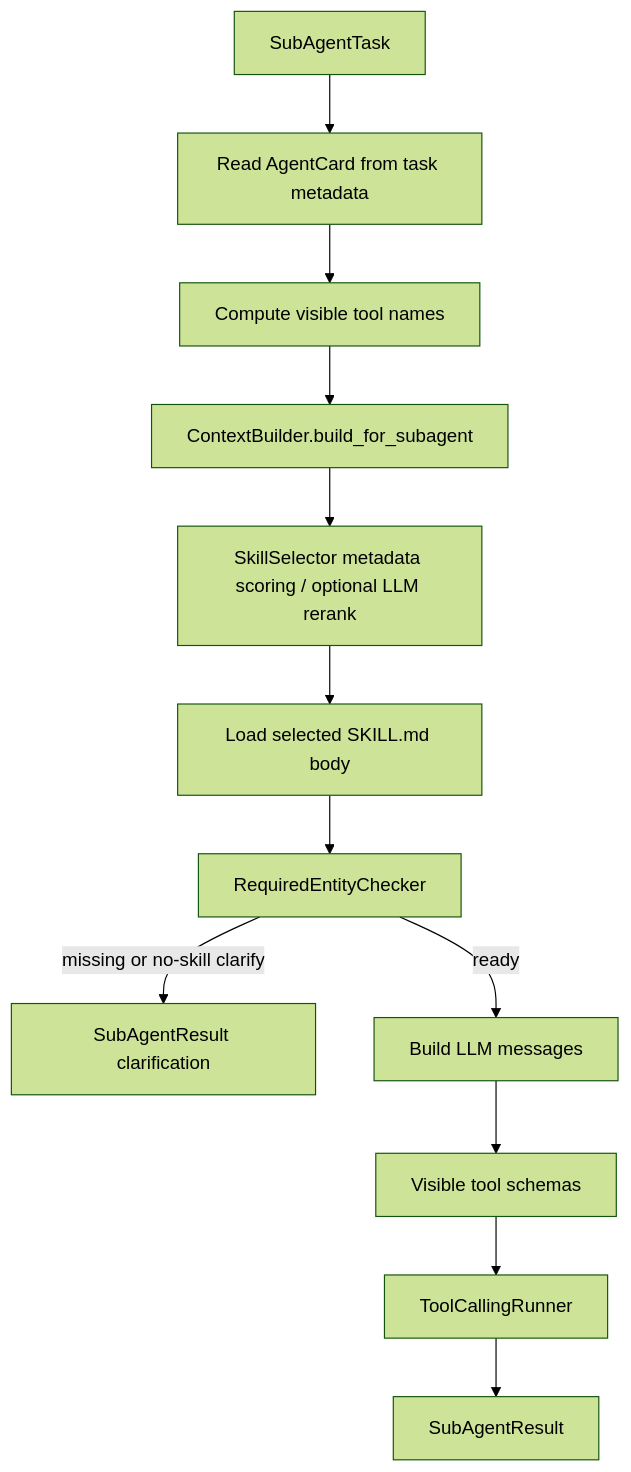
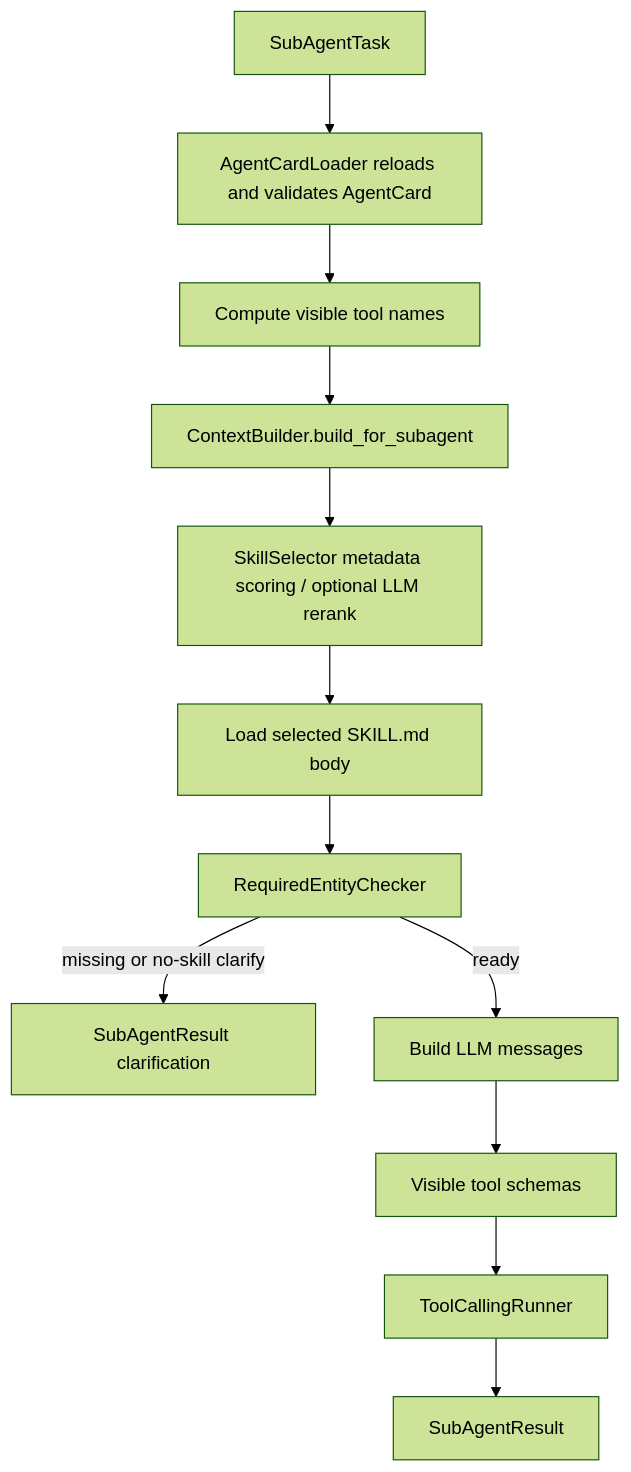
Before and after one commit to Ygj11/multi-agent: the third of 4 diagrams in agent-development/README.md, drawn with Mermaid (forest theme). The commit also changed other lines of this file and 107 other files, not shown here.

````diff
--- a/agent-development/README.md
+++ b/agent-development/README.md
@@ -381,14 +415,14 @@
 ```mermaid
 flowchart TD
-    TASK["SubAgentTask"] --> CARD["Read AgentCard from task metadata"]
+    TASK["SubAgentTask"] --> CARD["AgentCardLoader reloads and validates AgentCard"]
     CARD --> TOOLS["Compute visible tool names"]
     TOOLS --> SUBCTX["ContextBuilder.build_for_subagent"]
     SUBCTX --> SKILL_SELECT["SkillSelector metadata scoring / optional LLM rerank"]
     SKILL_SELECT --> SKILL_LOAD["Load selected SKILL.md body"]
     SKILL_LOAD --> REQUIRED["RequiredEntityChecker"]
     REQUIRED -->|missing or no-skill clarify| CLARIFY["SubAgentResult clarification"]
     REQUIRED -->|ready| MSG["Build LLM messages"]
     MSG --> SCHEMAS["Visible tool schemas"]
     SCHEMAS --> LOOP["ToolCallingRunner"]
     LOOP --> RESULT["SubAgentResult"]
 ```
````
